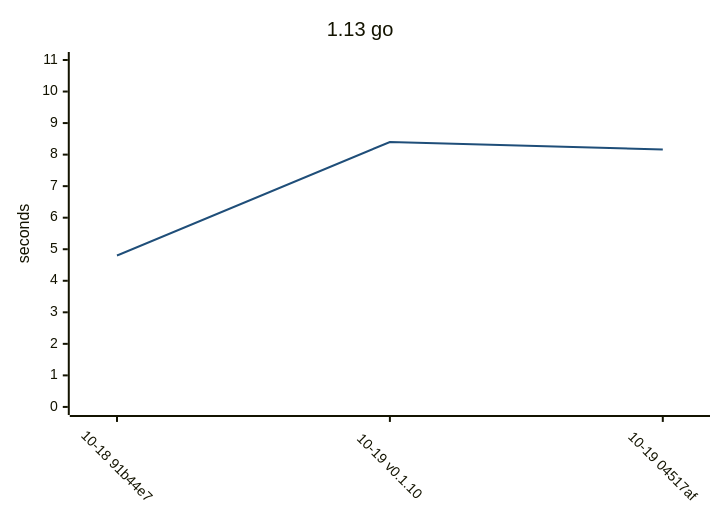
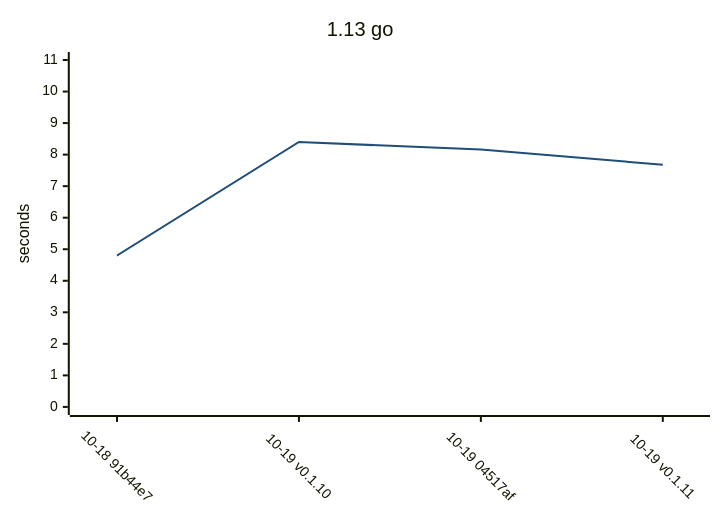
The second of 9 diagrams in README.md (yamanori99/DistSSHRun.jl), drawn with Mermaid before and after one commit. The commit also changed other lines of this file and 1 other file, not shown here.

````diff
--- a/README.md
+++ b/README.md
@@ -54,17 +55,17 @@
 ```mermaid
 ---
 config:
   theme: base
   themeVariables:
     xyChart:
       plotColorPalette: "#1f4e79"
   xyChart:
     xAxis:
       labelRotation: 45
 ---
 xychart-beta
     title "1.13 go"
-    x-axis ["10-18 91b44e7", "10-19 v0.1.10", "10-19 04517af"]
+    x-axis ["10-18 91b44e7", "10-19 v0.1.10", "10-19 04517af", "10-19 v0.1.11"]
     y-axis "seconds" 0 --> 11
-    line [4.8, 8.4, 8.16]
+    line [4.8, 8.4, 8.16, 7.68]
 ```
````
